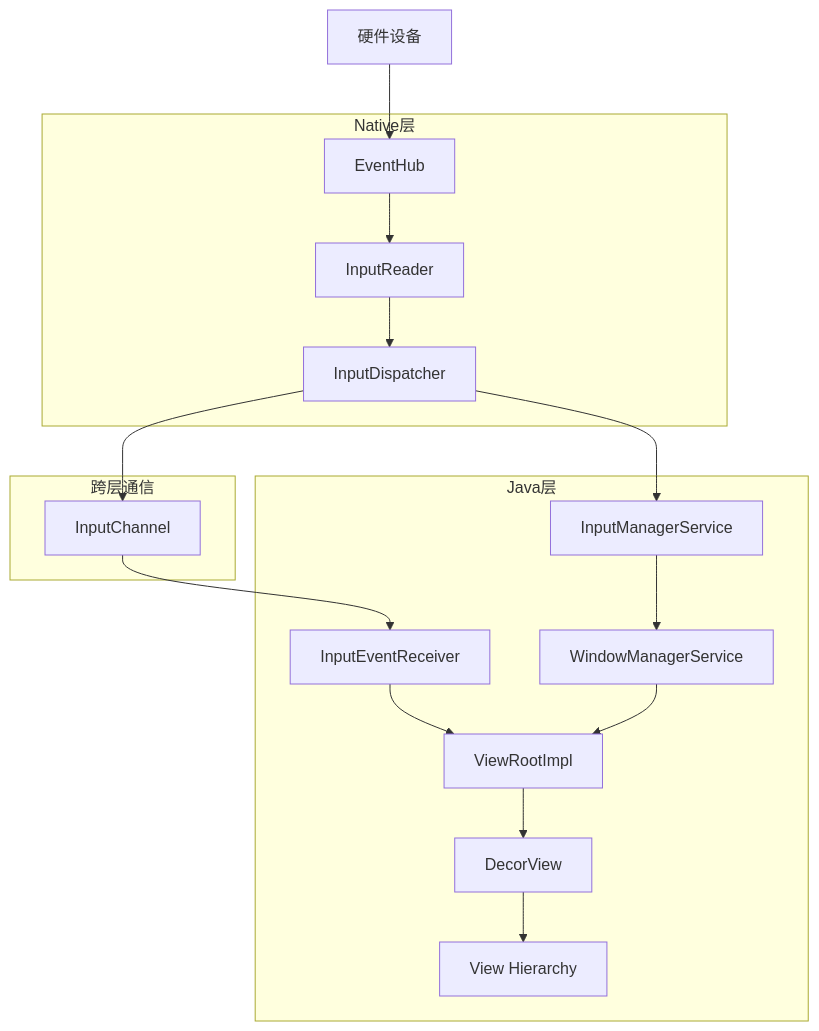
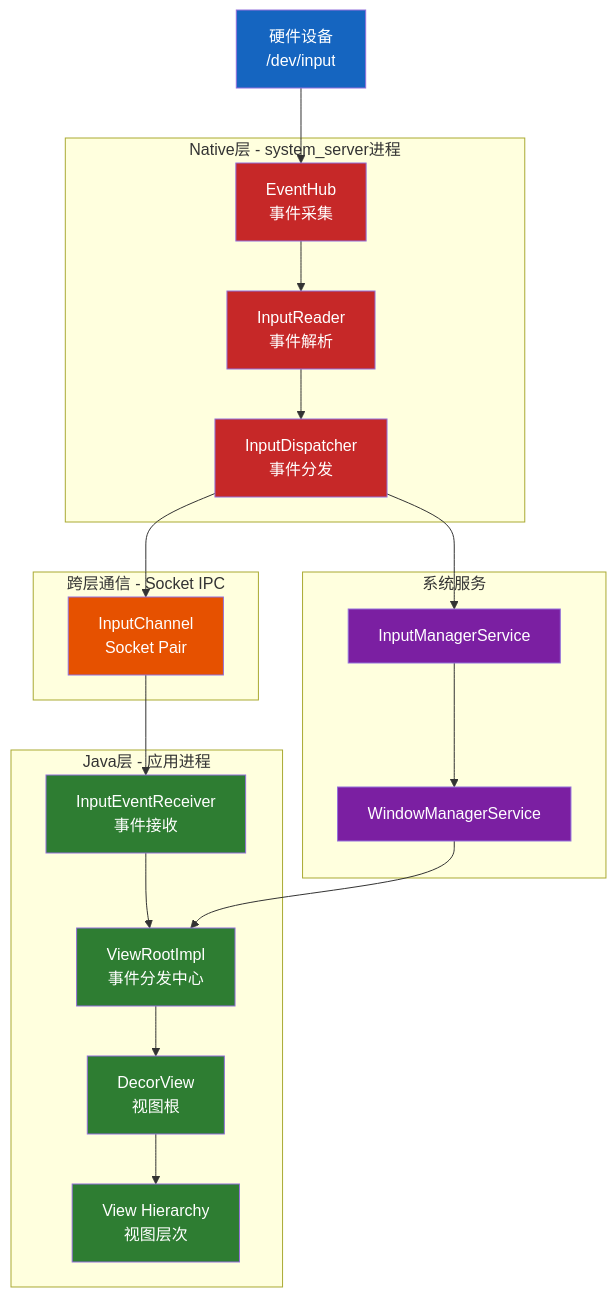
Before and after one commit to yuchuangu85/AOSP_Frameworks: the first of 7 diagrams in docs/InputEventFlowAnalysis.md, drawn with Mermaid. The commit also changed other lines of this file and 11 other files, not shown here.

````diff
--- a/docs/InputEventFlowAnalysis.md
+++ b/docs/InputEventFlowAnalysis.md
@@ -9,34 +9,49 @@
 ```mermaid
 graph TB
-    A[硬件设备] --> B[EventHub]
-    B --> C[InputReader]
-    C --> D[InputDispatcher]
-    D --> E[InputChannel]
-    E --> F[InputEventReceiver]
-    F --> G[ViewRootImpl]
-    G --> H[DecorView]
-    H --> I[View Hierarchy]
+    A[硬件设备<br/>/dev/input] --> B[EventHub<br/>事件采集]
+    B --> C[InputReader<br/>事件解析]
+    C --> D[InputDispatcher<br/>事件分发]
+    D --> E[InputChannel<br/>Socket Pair]
+    E --> F[InputEventReceiver<br/>事件接收]
+    F --> G[ViewRootImpl<br/>事件分发中心]
+    G --> H[DecorView<br/>视图根]
+    H --> I[View Hierarchy<br/>视图层次]
     
     D --> J[InputManagerService]
     J --> K[WindowManagerService]
     K --> G
     
-    subgraph "Native层"
+    subgraph "Native层 - system_server进程"
         B
         C
         D
     end
     
-    subgraph "跨层通信"
+    subgraph "跨层通信 - Socket IPC"
         E
     end
     
-    subgraph "Java层"
+    subgraph "Java层 - 应用进程"
         F
         G
         H
         I
+    end
+    
+    subgraph "系统服务"
         J
         K
     end
+    
+    style A fill:#1565c0,color:#ffffff
+    style B fill:#c62828,color:#ffffff
+    style C fill:#c62828,color:#ffffff
+    style D fill:#c62828,color:#ffffff
+    style E fill:#e65100,color:#ffffff
+    style F fill:#2e7d32,color:#ffffff
+    style G fill:#2e7d32,color:#ffffff
+    style H fill:#2e7d32,color:#ffffff
+    style I fill:#2e7d32,color:#ffffff
+    style J fill:#7b1fa2,color:#ffffff
+    style K fill:#7b1fa2,color:#ffffff
 ```
````
